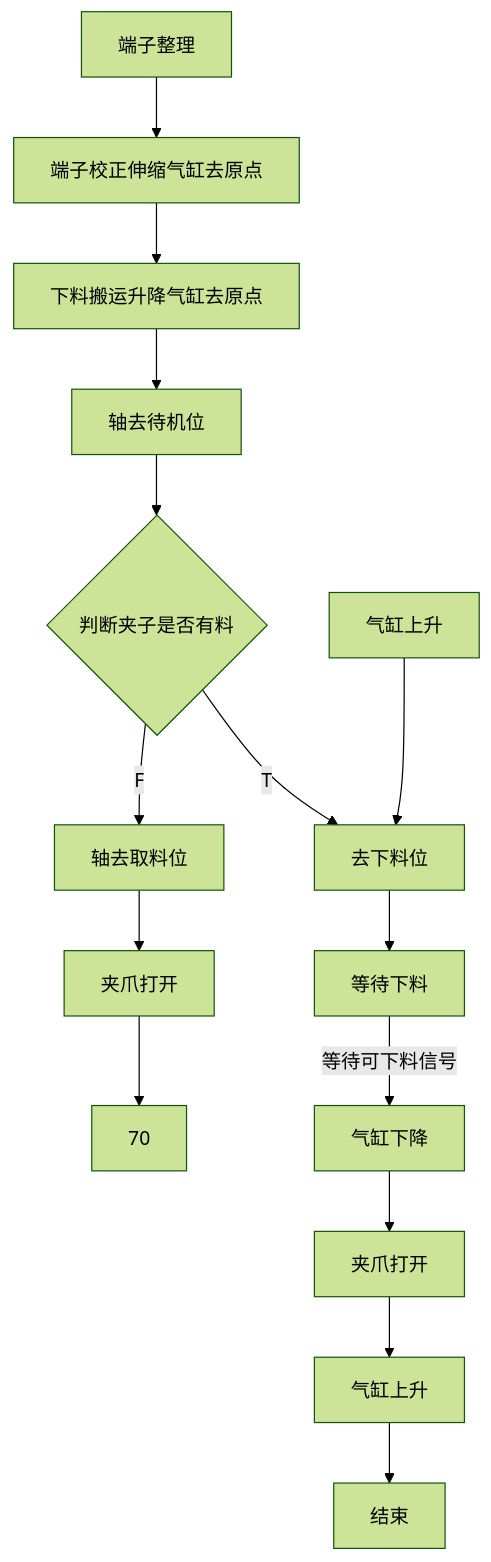
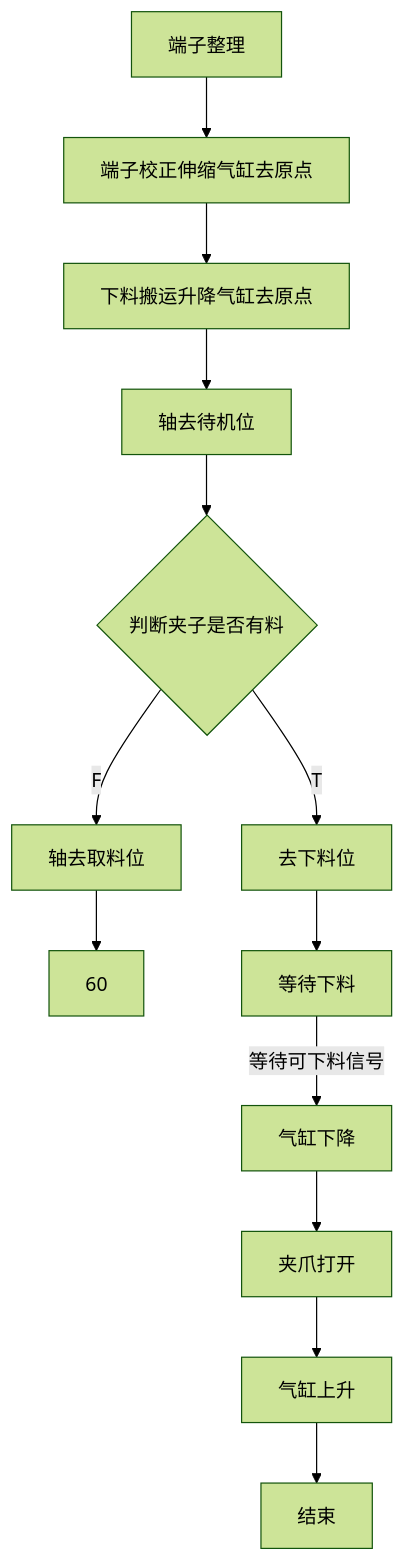
The diagram in all/VR-OP90端子整理.md (zmq000/iodraw-files), drawn with Mermaid (forest theme) before and after one commit.

Commit message:
2026-06-18 11:08:48 update

````diff
--- a/all/VR-OP90端子整理.md
+++ b/all/VR-OP90端子整理.md
@@ -1,26 +1,26 @@
 ```mermaid
 graph TD
 0[端子整理]-->10
 10[端子校正伸缩气缸去原点]-->20
 20[下料搬运升降气缸去原点]-->30
 30[轴去待机位]-->40
 40{判断夹子是否有料}-->|T|130
 40-->|F|50
 50[轴去取料位]-->60
-60[夹爪打开]-->70
+%% 60[夹爪打开]-->70
 %% 70[下降到位]-->80
 %% 80[夹爪加紧]-->90
 %% 90[校正伸出]-->100
 %% 100[预留]-->110
 %% 110[校正缩回]-->120
-120[气缸上升]-->130
+%% 120[气缸上升]-->130
 130[去下料位]-->140
 140[等待下料]-->|等待可下料信号|150
 150[气缸下降]-->160
 160[夹爪打开]-->170
 170[气缸上升]-->180
 180[结束]
 
 
   
 ```
````
